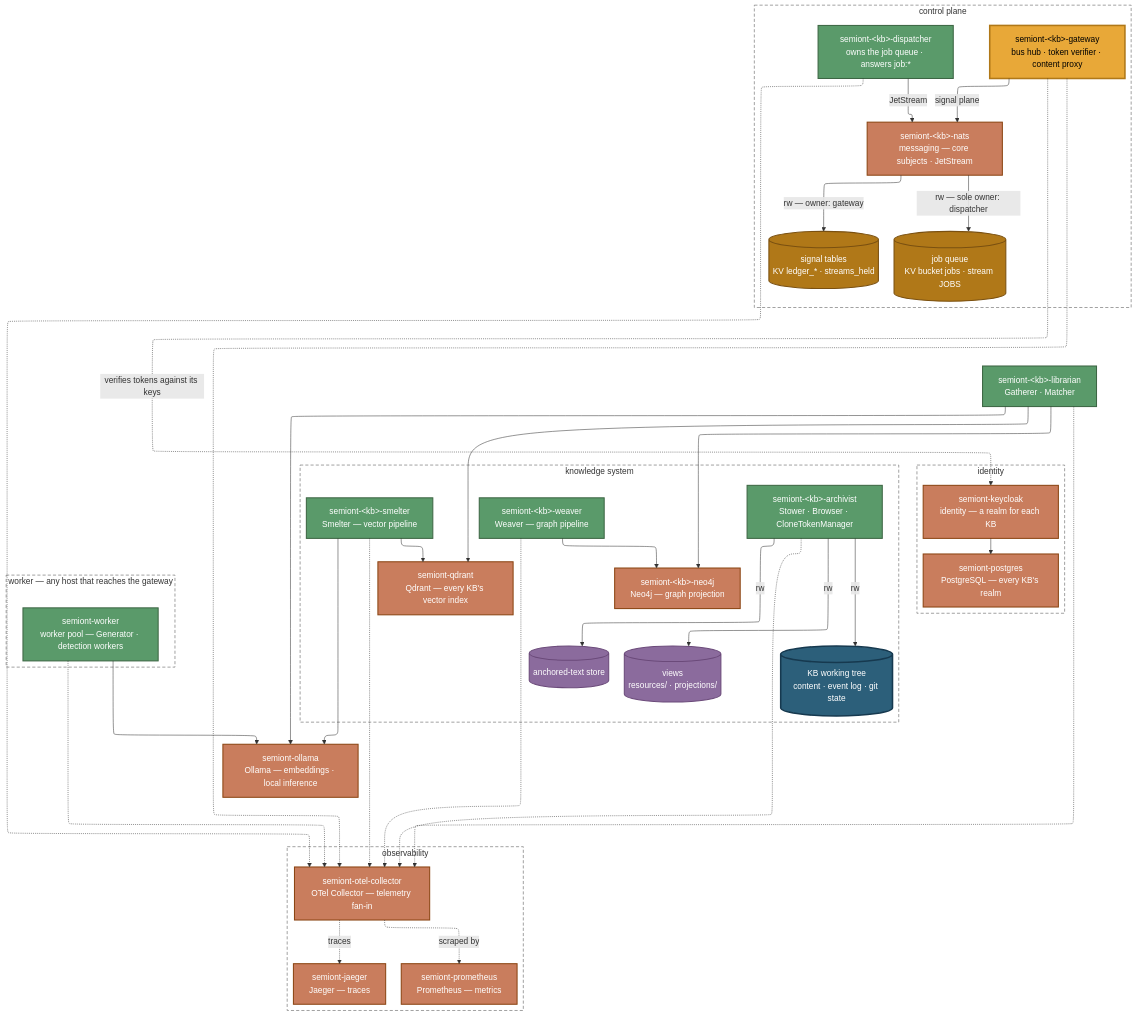
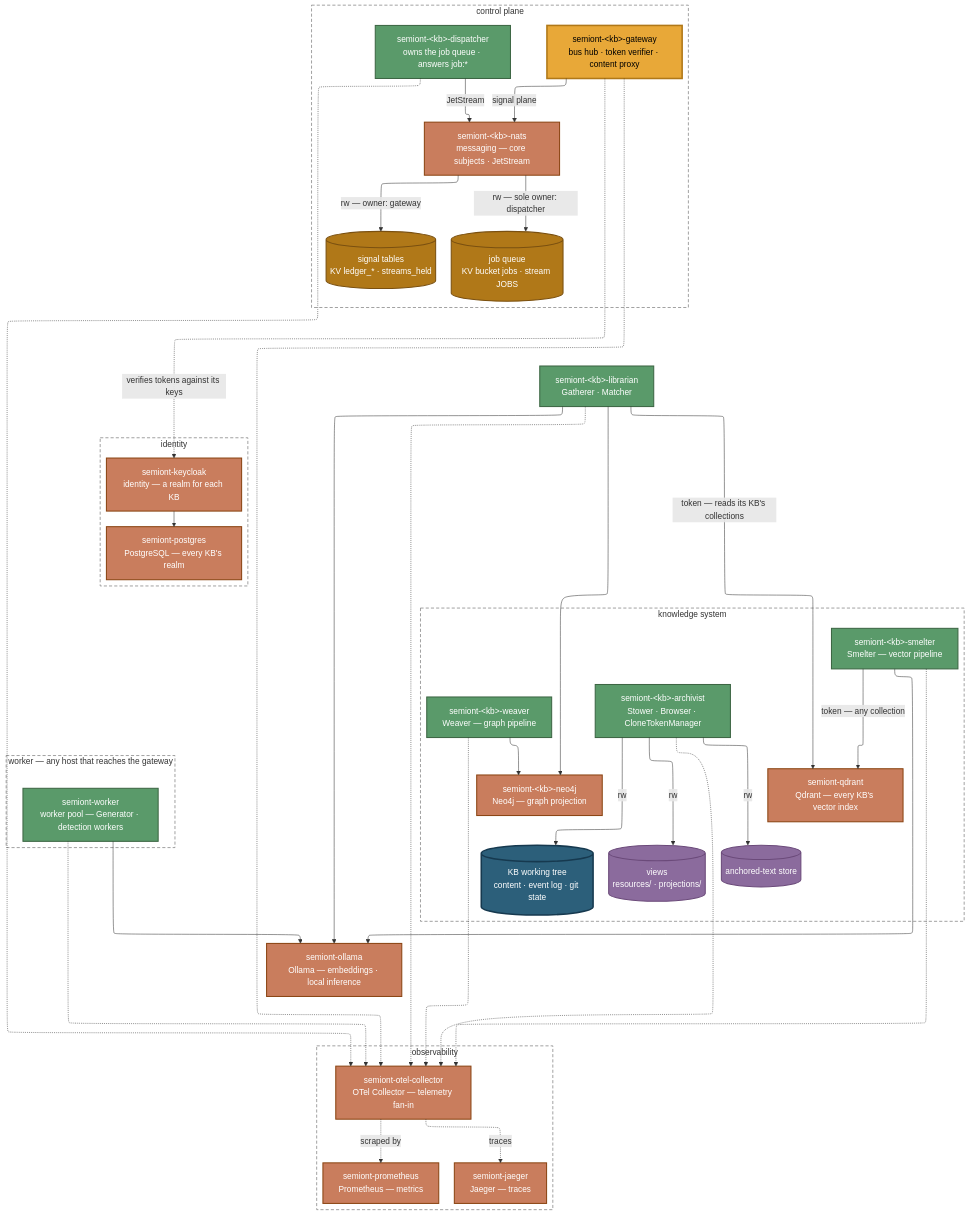
Before and after one commit to The-AI-Alliance/semiont: the second of 2 diagrams in docs/operator/CONTAINER-TOPOLOGY.md, drawn with Mermaid. The commit also changed other lines of this file and 91 other files, not shown here.

```diff
--- a/docs/operator/CONTAINER-TOPOLOGY.md
+++ b/docs/operator/CONTAINER-TOPOLOGY.md
@@ -152,8 +152,8 @@
 
     WEAVE --> NEO
     LIB --> NEO
-    SMELT --> QD
-    LIB --> QD
+    SMELT -->|"token — any collection"| QD
+    LIB -->|"token — reads its KB's collections"| QD
     SMELT --> OL
     LIB --> OL
     WORKER --> OL
```
